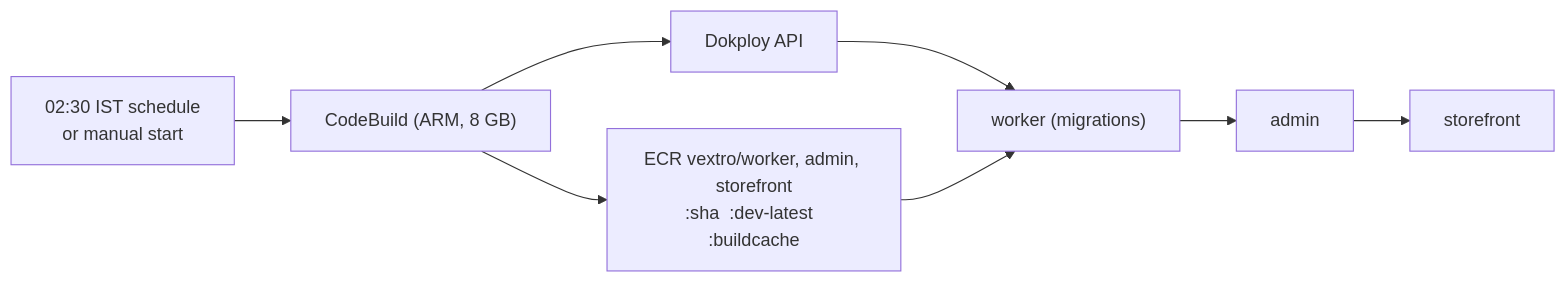
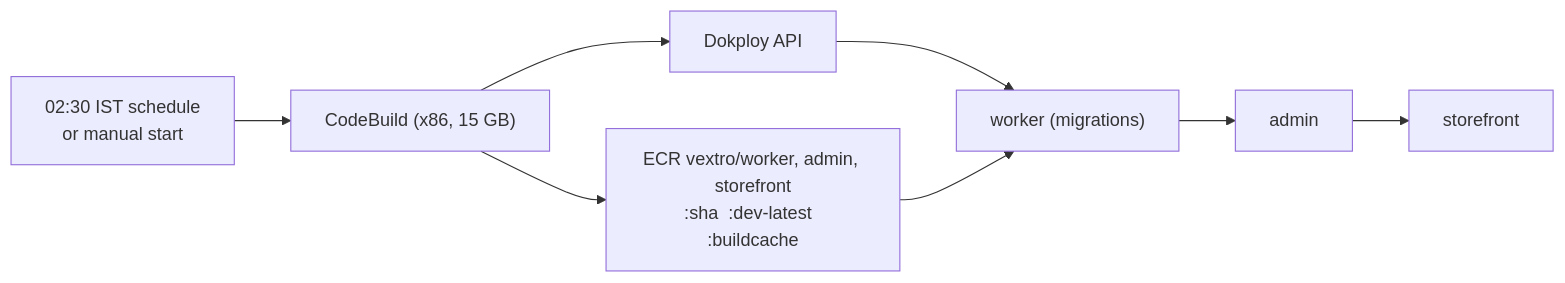
Before and after one commit to Viora-Tech/e-commerce: the diagram in apps/docs/content/developer-docs/operations/codebuild.mdx, drawn with Mermaid. The commit also changed other lines of this file and 3 other files, not shown here.

First line of the commit message:
chore(deploy): CodeBuild builds x86 images

````diff
--- a/apps/docs/content/developer-docs/operations/codebuild.mdx
+++ b/apps/docs/content/developer-docs/operations/codebuild.mdx
@@ -19,8 +19,8 @@
 ```mermaid
 flowchart LR
-  trig["02:30 IST schedule<br/>or manual start"] --> cb["CodeBuild (ARM, 8 GB)"]
+  trig["02:30 IST schedule<br/>or manual start"] --> cb["CodeBuild (x86, 15 GB)"]
   cb --> ecr["ECR vextro/worker, admin, storefront<br/>:sha  :dev-latest  :buildcache"]
   cb --> api["Dokploy API"]
   api --> w["worker (migrations)"] --> a["admin"] --> s["storefront"]
   ecr --> w
 ```
````
